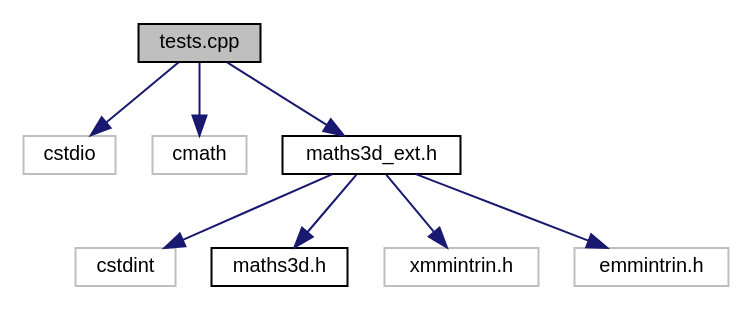
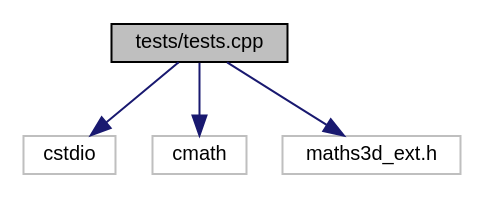
Before and after one commit to JohnRyland/Maths3D: the diagram in Documentation/tests_8cpp__incl.dot, drawn with Graphviz. The commit also changed 28 other files, not shown here.

```diff
--- a/Documentation/tests_8cpp__incl.dot
+++ b/Documentation/tests_8cpp__incl.dot
@@ -1,21 +1,13 @@
-digraph "tests.cpp"
+digraph "tests/tests.cpp"
 {
  // LATEX_PDF_SIZE
   edge [fontname="Helvetica",fontsize="10",labelfontname="Helvetica",labelfontsize="10"];
   node [fontname="Helvetica",fontsize="10",shape=record];
-  Node1 [label="tests.cpp",height=0.2,width=0.4,color="black", fillcolor="grey75", style="filled", fontcolor="black",tooltip=" "];
+  Node1 [label="tests/tests.cpp",height=0.2,width=0.4,color="black", fillcolor="grey75", style="filled", fontcolor="black",tooltip=" "];
   Node1 -> Node2 [color="midnightblue",fontsize="10",style="solid",fontname="Helvetica"];
   Node2 [label="cstdio",height=0.2,width=0.4,color="grey75", fillcolor="white", style="filled",tooltip=" "];
   Node1 -> Node3 [color="midnightblue",fontsize="10",style="solid",fontname="Helvetica"];
   Node3 [label="cmath",height=0.2,width=0.4,color="grey75", fillcolor="white", style="filled",tooltip=" "];
   Node1 -> Node4 [color="midnightblue",fontsize="10",style="solid",fontname="Helvetica"];
-  Node4 [label="maths3d_ext.h",height=0.2,width=0.4,color="black", fillcolor="white", style="filled",URL="$maths3d__ext_8h.html",tooltip=" "];
-  Node4 -> Node5 [color="midnightblue",fontsize="10",style="solid",fontname="Helvetica"];
-  Node5 [label="cstdint",height=0.2,width=0.4,color="grey75", fillcolor="white", style="filled",tooltip=" "];
-  Node4 -> Node6 [color="midnightblue",fontsize="10",style="solid",fontname="Helvetica"];
-  Node6 [label="maths3d.h",height=0.2,width=0.4,color="black", fillcolor="white", style="filled",URL="$maths3d_8h.html",tooltip=" "];
-  Node4 -> Node7 [color="midnightblue",fontsize="10",style="solid",fontname="Helvetica"];
-  Node7 [label="xmmintrin.h",height=0.2,width=0.4,color="grey75", fillcolor="white", style="filled",tooltip=" "];
-  Node4 -> Node8 [color="midnightblue",fontsize="10",style="solid",fontname="Helvetica"];
-  Node8 [label="emmintrin.h",height=0.2,width=0.4,color="grey75", fillcolor="white", style="filled",tooltip=" "];
+  Node4 [label="maths3d_ext.h",height=0.2,width=0.4,color="grey75", fillcolor="white", style="filled",tooltip=" "];
 }
```
